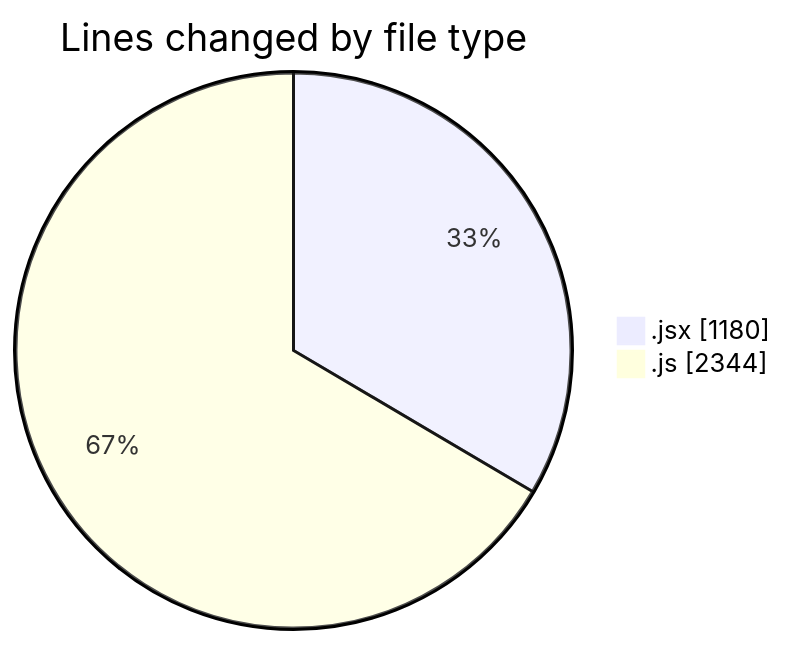
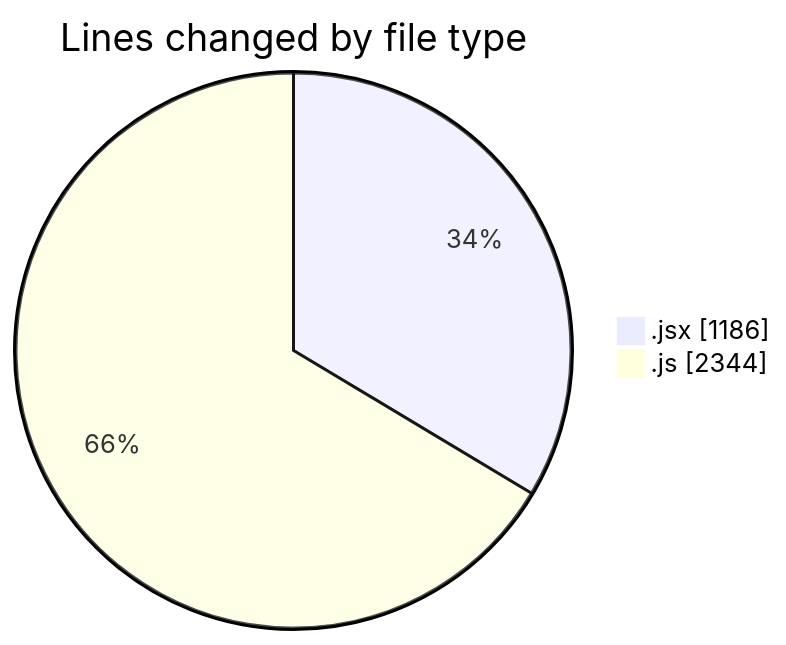
The first of 2 diagrams in 2025-12-08/nxtqube_webapp/README.md (nxtqubesakshisongat/code-tracking), drawn with Mermaid before and after one commit. The commit also changed other lines of this file and 1 other file, not shown here.

````diff
--- a/2025-12-08/nxtqube_webapp/README.md
+++ b/2025-12-08/nxtqube_webapp/README.md
@@ -25,6 +25,6 @@
 ```mermaid
 pie showData
 title Lines changed by file type
-".jsx" : 1180
+".jsx" : 1186
 ".js" : 2344
 ```
````
